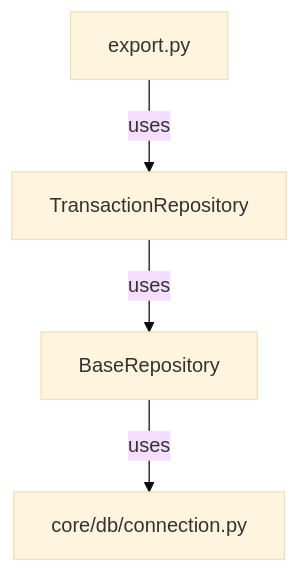
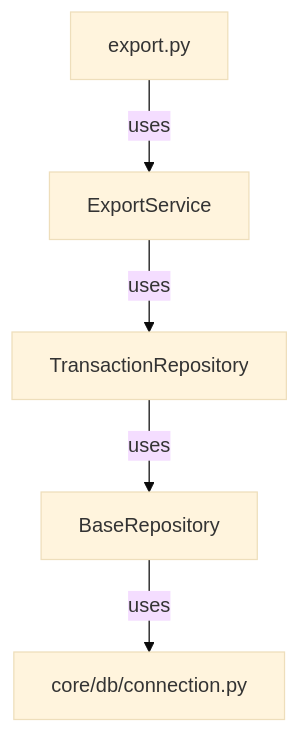
The eighth of 14 diagrams in docs/reports/Program_5_3B_Dependency_Graph.md (simcitysocial97-dev/ClariFin_OS), drawn with Mermaid (base theme) before and after one commit. The commit also changed other lines of this file and 62 other files, not shown here.

````diff
--- a/docs/reports/Program_5_3B_Dependency_Graph.md
+++ b/docs/reports/Program_5_3B_Dependency_Graph.md
@@ -106,6 +109,7 @@
 ```mermaid
 graph TD
-    A[export.py] -->|uses| B[TransactionRepository]
-    B -->|uses| C[BaseRepository]
-    C -->|uses| D[core/db/connection.py]
+    A[export.py] -->|uses| B[ExportService]
+    B -->|uses| C[TransactionRepository]
+    C -->|uses| D[BaseRepository]
+    D -->|uses| E[core/db/connection.py]
 ```
````
